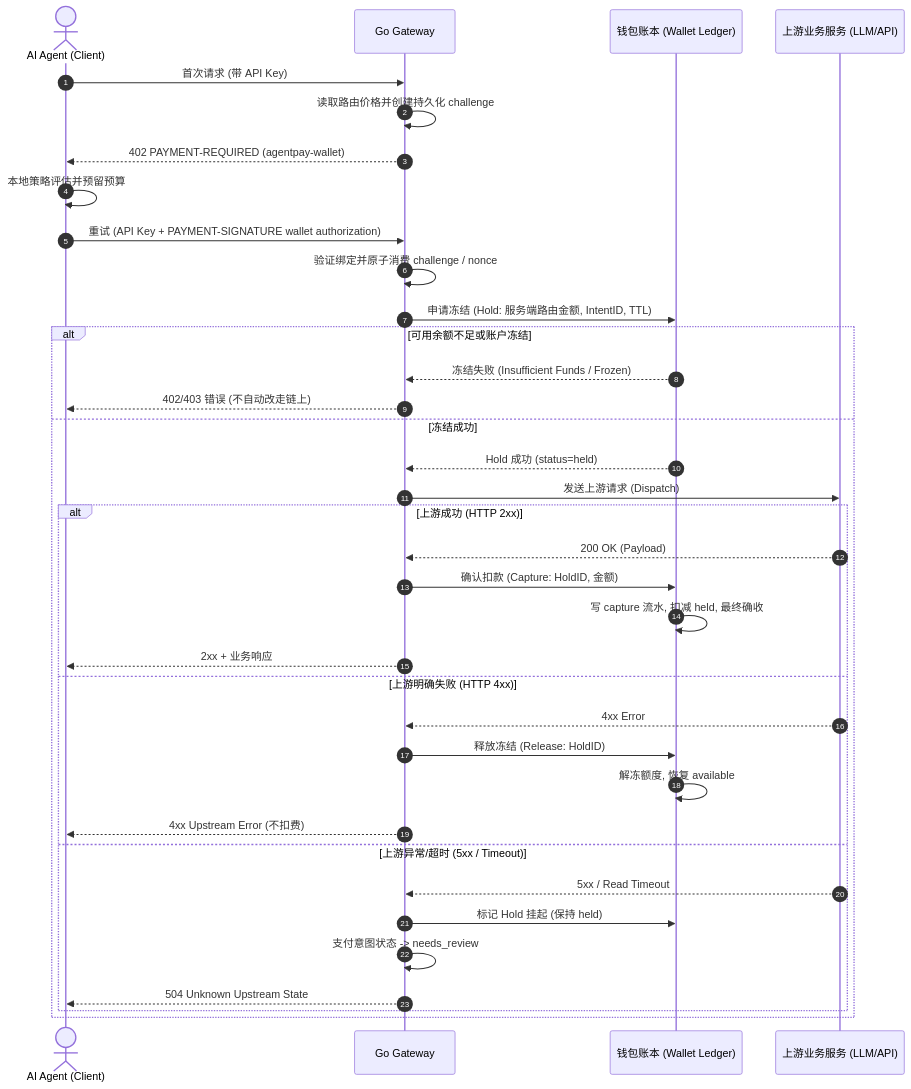
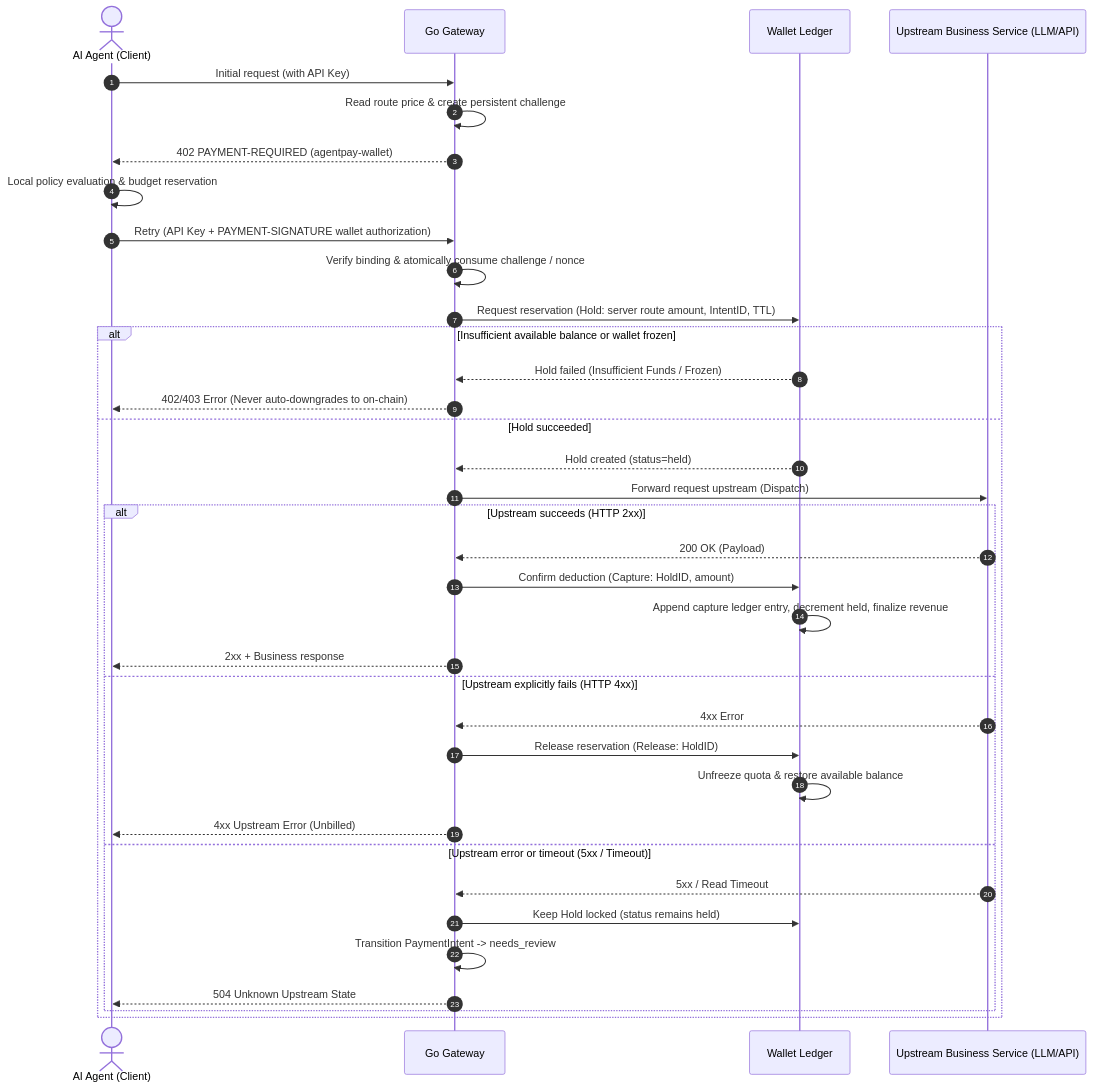
The diagram in specs/wallet-ledger-spec.md (open-agentpay/AgentPay), drawn with Mermaid before and after one commit. The commit also changed other lines of this file and 70 other files, not shown here.

````diff
--- a/specs/wallet-ledger-spec.md
+++ b/specs/wallet-ledger-spec.md
@@ -123,39 +123,39 @@
 ```mermaid
 sequenceDiagram
     autonumber
     actor Client as AI Agent (Client)
     participant GW as Go Gateway
-    participant WL as 钱包账本 (Wallet Ledger)
-    participant UP as 上游业务服务 (LLM/API)
+    participant WL as Wallet Ledger
+    participant UP as Upstream Business Service (LLM/API)
 
-    Client->>GW: 首次请求 (带 API Key)
-    GW->>GW: 读取路由价格并创建持久化 challenge
+    Client->>GW: Initial request (with API Key)
+    GW->>GW: Read route price & create persistent challenge
     GW-->>Client: 402 PAYMENT-REQUIRED (agentpay-wallet)
-    Client->>Client: 本地策略评估并预留预算
-    Client->>GW: 重试 (API Key + PAYMENT-SIGNATURE wallet authorization)
-    GW->>GW: 验证绑定并原子消费 challenge / nonce
-    GW->>WL: 申请冻结 (Hold: 服务端路由金额, IntentID, TTL)
-    alt 可用余额不足或账户冻结
-        WL-->>GW: 冻结失败 (Insufficient Funds / Frozen)
-        GW-->>Client: 402/403 错误 (不自动改走链上)
-    else 冻结成功
-        WL-->>GW: Hold 成功 (status=held)
-        GW->>UP: 发送上游请求 (Dispatch)
-        alt 上游成功 (HTTP 2xx)
+    Client->>Client: Local policy evaluation & budget reservation
+    Client->>GW: Retry (API Key + PAYMENT-SIGNATURE wallet authorization)
+    GW->>GW: Verify binding & atomically consume challenge / nonce
+    GW->>WL: Request reservation (Hold: server route amount, IntentID, TTL)
+    alt Insufficient available balance or wallet frozen
+        WL-->>GW: Hold failed (Insufficient Funds / Frozen)
+        GW-->>Client: 402/403 Error (Never auto-downgrades to on-chain)
+    else Hold succeeded
+        WL-->>GW: Hold created (status=held)
+        GW->>UP: Forward request upstream (Dispatch)
+        alt Upstream succeeds (HTTP 2xx)
             UP-->>GW: 200 OK (Payload)
-            GW->>WL: 确认扣款 (Capture: HoldID, 金额)
-            WL->>WL: 写 capture 流水, 扣减 held, 最终确收
-            GW-->>Client: 2xx + 业务响应
-        else 上游明确失败 (HTTP 4xx)
+            GW->>WL: Confirm deduction (Capture: HoldID, amount)
+            WL->>WL: Append capture ledger entry, decrement held, finalize revenue
+            GW-->>Client: 2xx + Business response
+        else Upstream explicitly fails (HTTP 4xx)
             UP-->>GW: 4xx Error
-            GW->>WL: 释放冻结 (Release: HoldID)
-            WL->>WL: 解冻额度, 恢复 available
-            GW-->>Client: 4xx Upstream Error (不扣费)
-        else 上游异常/超时 (5xx / Timeout)
+            GW->>WL: Release reservation (Release: HoldID)
+            WL->>WL: Unfreeze quota & restore available balance
+            GW-->>Client: 4xx Upstream Error (Unbilled)
+        else Upstream error or timeout (5xx / Timeout)
             UP-->>GW: 5xx / Read Timeout
-            GW->>WL: 标记 Hold 挂起 (保持 held)
-            GW->>GW: 支付意图状态 -> needs_review
+            GW->>WL: Keep Hold locked (status remains held)
+            GW->>GW: Transition PaymentIntent -> needs_review
             GW-->>Client: 504 Unknown Upstream State
         end
     end
 ```
````
